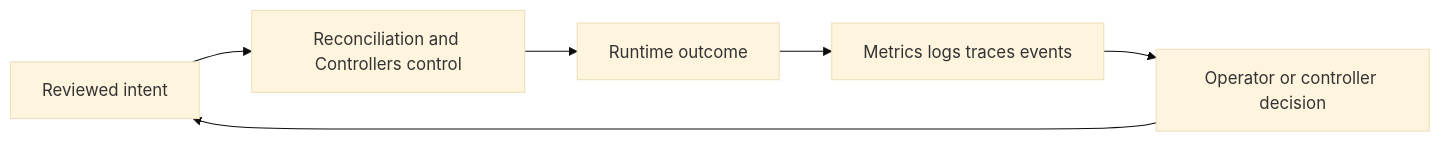
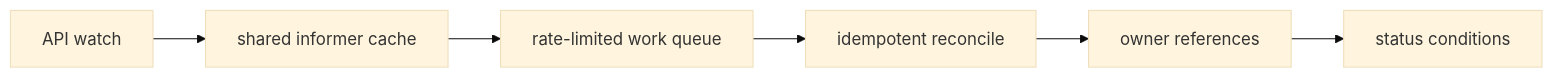
One commit to m1mohamad/devops-sre-prep changed the diagram in docs/study/kubernetes/03-reconciliation-and-controllers.md. Above: the diagram before and after it, drawn with Mermaid (base theme). The commit also changed other lines of this file and 61 other files, not shown here.

Commit message:
Replace generic architecture and study templates

````diff
--- a/docs/study/kubernetes/03-reconciliation-and-controllers.md
+++ b/docs/study/kubernetes/03-reconciliation-and-controllers.md
@@ -20,8 +15,4 @@
 ```mermaid
 flowchart LR
-  Intent[Reviewed intent] --> Control[Reconciliation and Controllers control]
-  Control --> Runtime[Runtime outcome]
-  Runtime --> Signals[Metrics logs traces events]
-  Signals --> Decision[Operator or controller decision]
-  Decision --> Intent
+  N0[API watch] --> N1[shared informer cache] --> N2[rate-limited work queue] --> N3[idempotent reconcile] --> N4[owner references] --> N5[status conditions]
 ```
````
